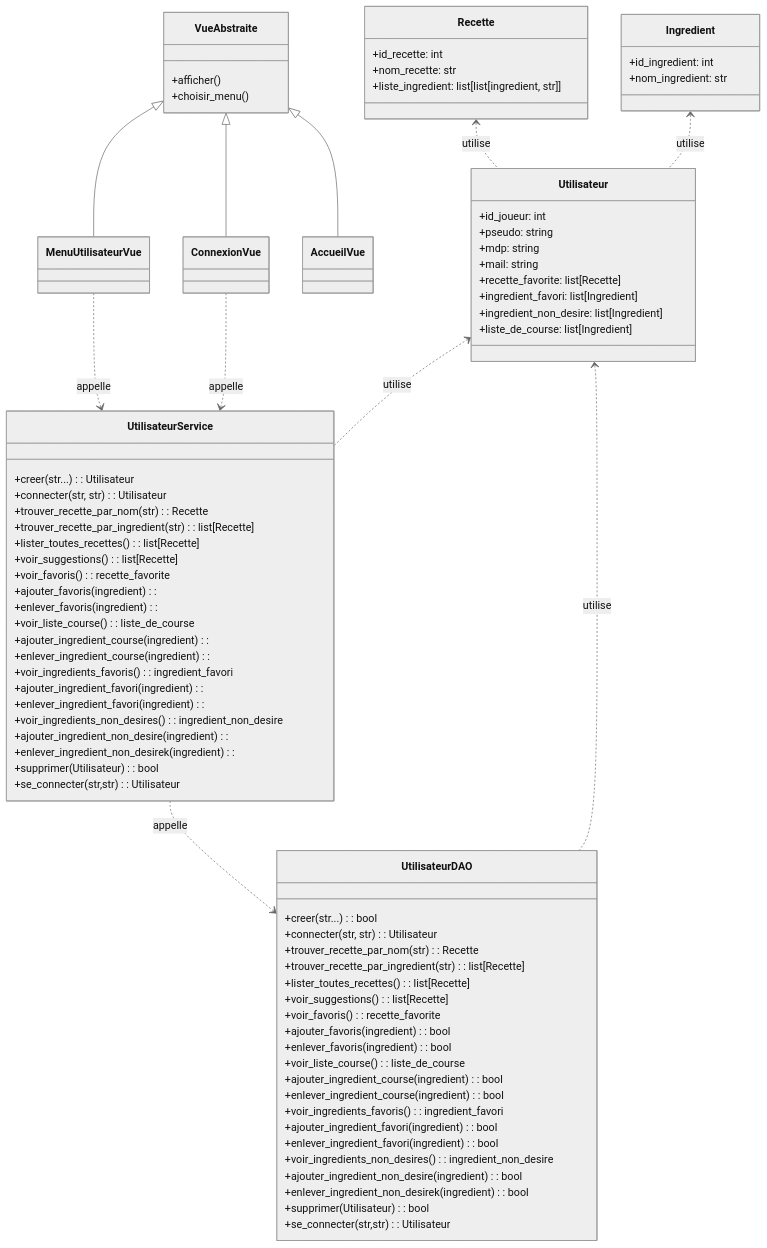
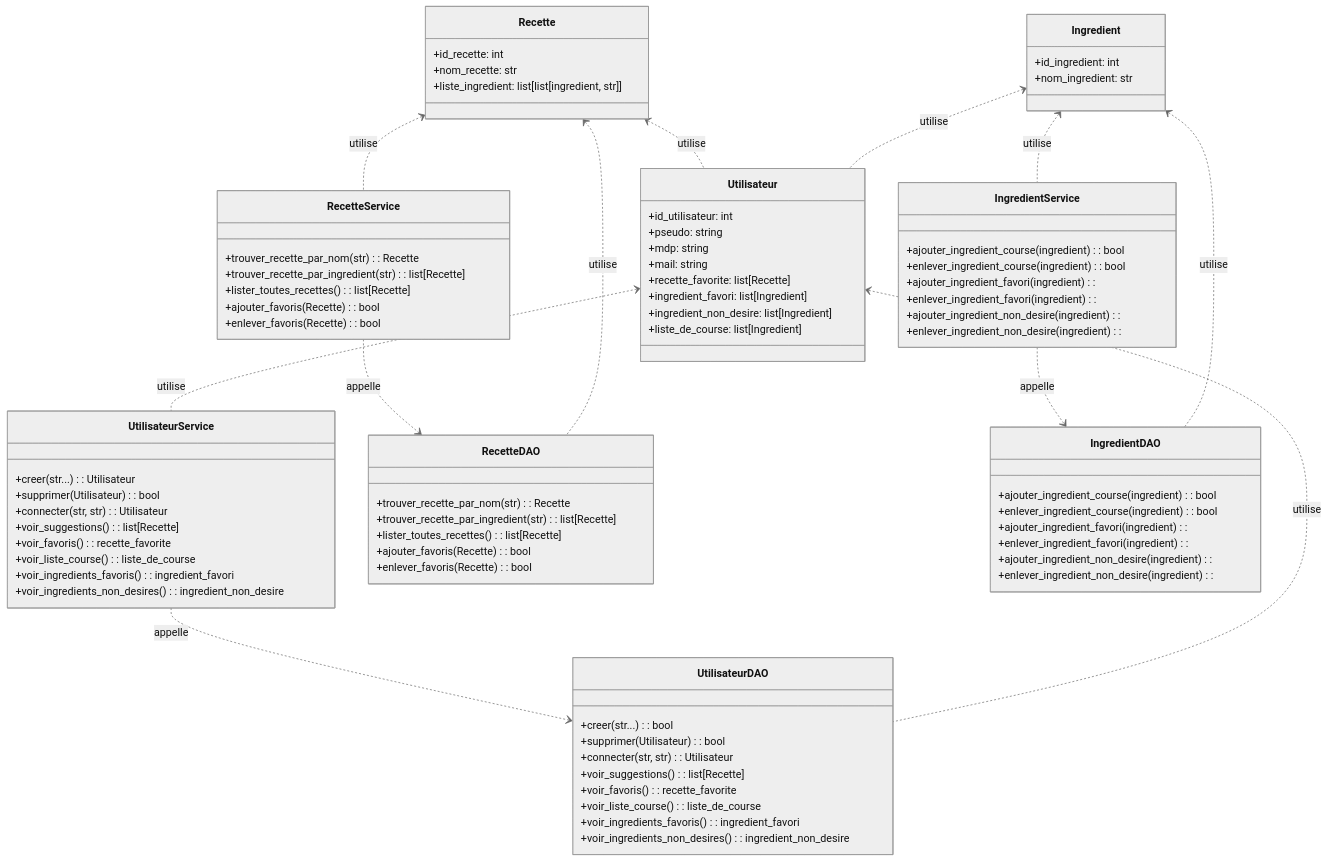
The diagram in doc/diagramme_de_classes.md (sayansuos/ENSAI-2A-projet-info), drawn with Mermaid (neutral theme) before and after one commit.

Commit message:
Update diagramme_de_classes.md WIP

````diff
--- a/doc/diagramme_de_classes.md
+++ b/doc/diagramme_de_classes.md
@@ -1,7 +1,7 @@
 ```mermaid
 classDiagram
     class Utilisateur {
-        +id_joueur: int
+        +id_utilisateur: int
         +pseudo: string
         +mdp: string
         +mail: string
@@ -13,59 +13,36 @@
 
     class UtilisateurDAO {
         +creer(str...): bool
+        +supprimer(Utilisateur): bool
         +connecter(str, str): Utilisateur
-        +trouver_recette_par_nom(str): Recette
-        +trouver_recette_par_ingredient(str): list[Recette]
-        +lister_toutes_recettes(): list[Recette]
+
         +voir_suggestions(): list[Recette]
 
         +voir_favoris(): recette_favorite
-        +ajouter_favoris(ingredient): bool
-        +enlever_favoris(ingredient): bool
 
         +voir_liste_course(): liste_de_course
-        +ajouter_ingredient_course(ingredient): bool
-        +enlever_ingredient_course(ingredient): bool
 
         +voir_ingredients_favoris(): ingredient_favori
-        +ajouter_ingredient_favori(ingredient): bool
-        +enlever_ingredient_favori(ingredient): bool
 
         +voir_ingredients_non_desires(): ingredient_non_desire
-        +ajouter_ingredient_non_desire(ingredient): bool
-        +enlever_ingredient_non_desirek(ingredient): bool
-
-        +supprimer(Utilisateur): bool
-        +se_connecter(str,str): Utilisateur
     }
 
     class UtilisateurService {
         +creer(str...): Utilisateur
+        +supprimer(Utilisateur): bool
         +connecter(str, str): Utilisateur
-        +trouver_recette_par_nom(str): Recette
-        +trouver_recette_par_ingredient(str): list[Recette]
-        +lister_toutes_recettes(): list[Recette]
+
         +voir_suggestions(): list[Recette]
 
         +voir_favoris(): recette_favorite
-        +ajouter_favoris(ingredient):
-        +enlever_favoris(ingredient):
 
         +voir_liste_course(): liste_de_course
-        +ajouter_ingredient_course(ingredient):
-        +enlever_ingredient_course(ingredient):
 
         +voir_ingredients_favoris(): ingredient_favori
-        +ajouter_ingredient_favori(ingredient):
-        +enlever_ingredient_favori(ingredient):
 
         +voir_ingredients_non_desires(): ingredient_non_desire
-        +ajouter_ingredient_non_desire(ingredient):
-        +enlever_ingredient_non_desirek(ingredient):
+    }
 
-        +supprimer(Utilisateur): bool
-        +se_connecter(str,str): Utilisateur
-    }
 
     class Recette {
         +id_recette: int
@@ -73,27 +50,65 @@
         +liste_ingredient: list[list[ingredient, str]]
     }
 
+    class RecetteService {
+        +trouver_recette_par_nom(str): Recette
+        +trouver_recette_par_ingredient(str): list[Recette]
+        +lister_toutes_recettes(): list[Recette]
+
+        +ajouter_favoris(Recette): bool
+        +enlever_favoris(Recette): bool
+    }
+
+    class RecetteDAO {
+        +trouver_recette_par_nom(str): Recette
+        +trouver_recette_par_ingredient(str): list[Recette]
+        +lister_toutes_recettes(): list[Recette]
+
+        +ajouter_favoris(Recette): bool
+        +enlever_favoris(Recette): bool
+    }
+
+
     class Ingredient {
         +id_ingredient: int
         +nom_ingredient: str
     }
 
-    class MenuUtilisateurVue {
+    class IngredientService {
+        +ajouter_ingredient_course(ingredient): bool
+        +enlever_ingredient_course(ingredient): bool
+
+        +ajouter_ingredient_favori(ingredient):
+        +enlever_ingredient_favori(ingredient):
+
+        +ajouter_ingredient_non_desire(ingredient):
+        +enlever_ingredient_non_desire(ingredient):
     }
 
-    class VueAbstraite{
-      +afficher()
-      +choisir_menu()
+    class IngredientDAO {
+        +ajouter_ingredient_course(ingredient): bool
+        +enlever_ingredient_course(ingredient): bool
+
+        +ajouter_ingredient_favori(ingredient):
+        +enlever_ingredient_favori(ingredient):
+
+        +ajouter_ingredient_non_desire(ingredient):
+        +enlever_ingredient_non_desire(ingredient):
     }
 
-    VueAbstraite <|-- AccueilVue
-    VueAbstraite <|-- ConnexionVue
-    VueAbstraite <|-- MenuUtilisateurVue
-    MenuUtilisateurVue ..> UtilisateurService : appelle
-    ConnexionVue ..> UtilisateurService : appelle
+
     UtilisateurService ..> UtilisateurDAO : appelle
     Utilisateur <.. UtilisateurService: utilise
     Utilisateur <.. UtilisateurDAO: utilise
+
+    RecetteService ..> RecetteDAO : appelle
+    Recette <.. RecetteService: utilise
+    Recette <.. RecetteDAO: utilise
+
+    IngredientService ..> IngredientDAO : appelle
+    Ingredient <.. IngredientService: utilise
+    Ingredient <.. IngredientDAO: utilise
+
     Recette <.. Utilisateur: utilise
     Ingredient <.. Utilisateur: utilise
 ```
````
